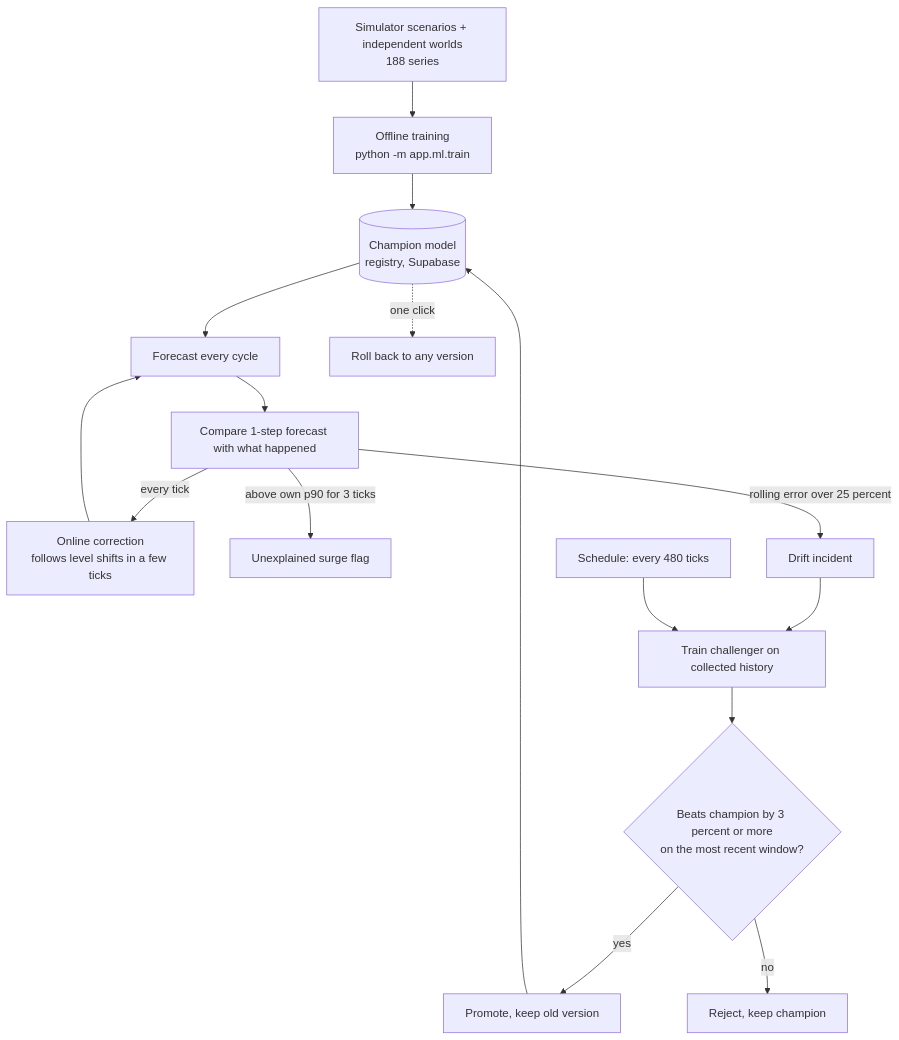
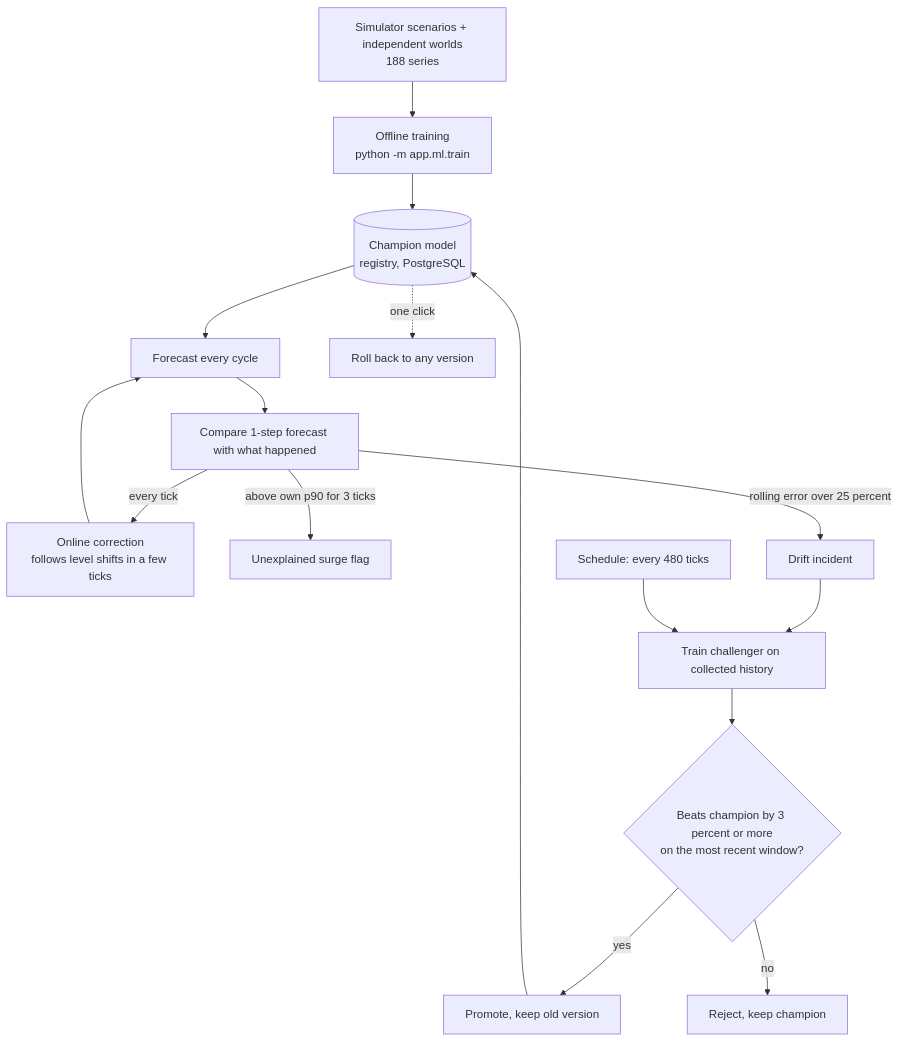
The third of 4 diagrams in README.md (Team-METAVIS/FuelGrid), drawn with Mermaid before and after one commit. The commit also changed other lines of this file and 43 other files, not shown here.

First line of the commit message:
Audit fixes, /api/v1 resource endpoints, local PostgreSQL, refreshed docs

````diff
--- a/README.md
+++ b/README.md
@@ -96,18 +99,18 @@
 ```mermaid
 flowchart TD
   D0["Simulator scenarios + independent worlds<br/>188 series"] --> T0["Offline training<br/>python -m app.ml.train"]
-  T0 --> CH[(Champion model<br/>registry, Supabase)]
+  T0 --> CH[(Champion model<br/>registry, PostgreSQL)]
   CH --> FCST[Forecast every cycle]
   FCST --> OBS[Compare 1-step forecast with what happened]
   OBS -->|every tick| BIAS[Online correction<br/>follows level shifts in a few ticks]
   OBS -->|above own p90 for 3 ticks| SURGE[Unexplained surge flag]
   OBS -->|"rolling error over 25 percent"| DRIFT[Drift incident]
   BIAS --> FCST
   DRIFT --> RT
   SCHED["Schedule: every 480 ticks"] --> RT["Train challenger on collected history"]
   RT --> GATE{"Beats champion by 3 percent or more<br/>on the most recent window?"}
   GATE -->|yes| PROMOTE[Promote, keep old version]
   GATE -->|no| KEEP[Reject, keep champion]
   PROMOTE --> CH
   CH -. one click .-> RB[Roll back to any version]
 ```
````
